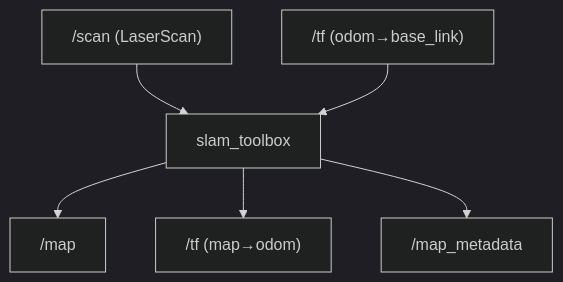
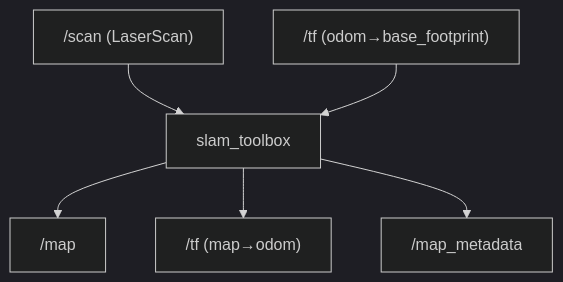
Before and after one commit to EtienneSchmitz/ros2_course: the first of 3 diagrams in apps/slides/jour2/slides.md, drawn with Mermaid (dark theme). The commit also changed other lines of this file and 6 other files, not shown here.

First line of the commit message:
feat(jour2): refonte navigation LeKiwi (graphe, téléop AZERTY, SLAM/Nav2)

````diff
--- a/apps/slides/jour2/slides.md
+++ b/apps/slides/jour2/slides.md
@@ -187,8 +227,8 @@
 ```mermaid
 flowchart TB
   scan["/scan (LaserScan)"] --> st[slam_toolbox]
-  tf["/tf (odom→base_link)"] --> st
+  tf["/tf (odom→base_footprint)"] --> st
   st --> map["/map"]
   st --> tfmo["/tf (map→odom)"]
   st --> meta["/map_metadata"]
 ```
````
